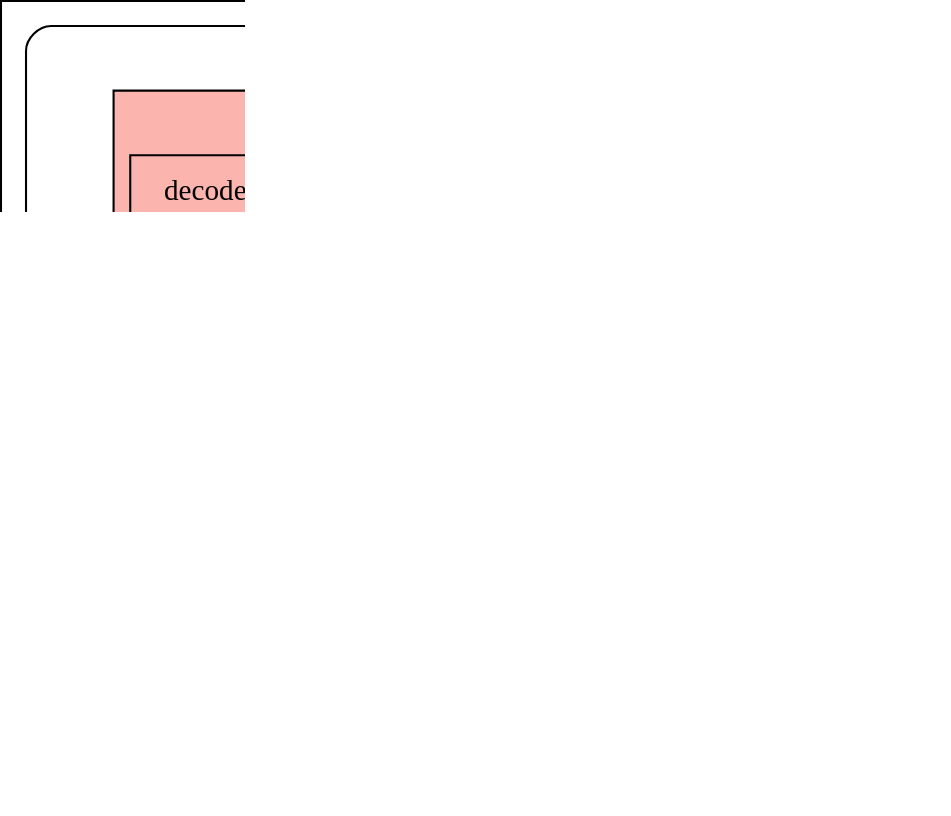
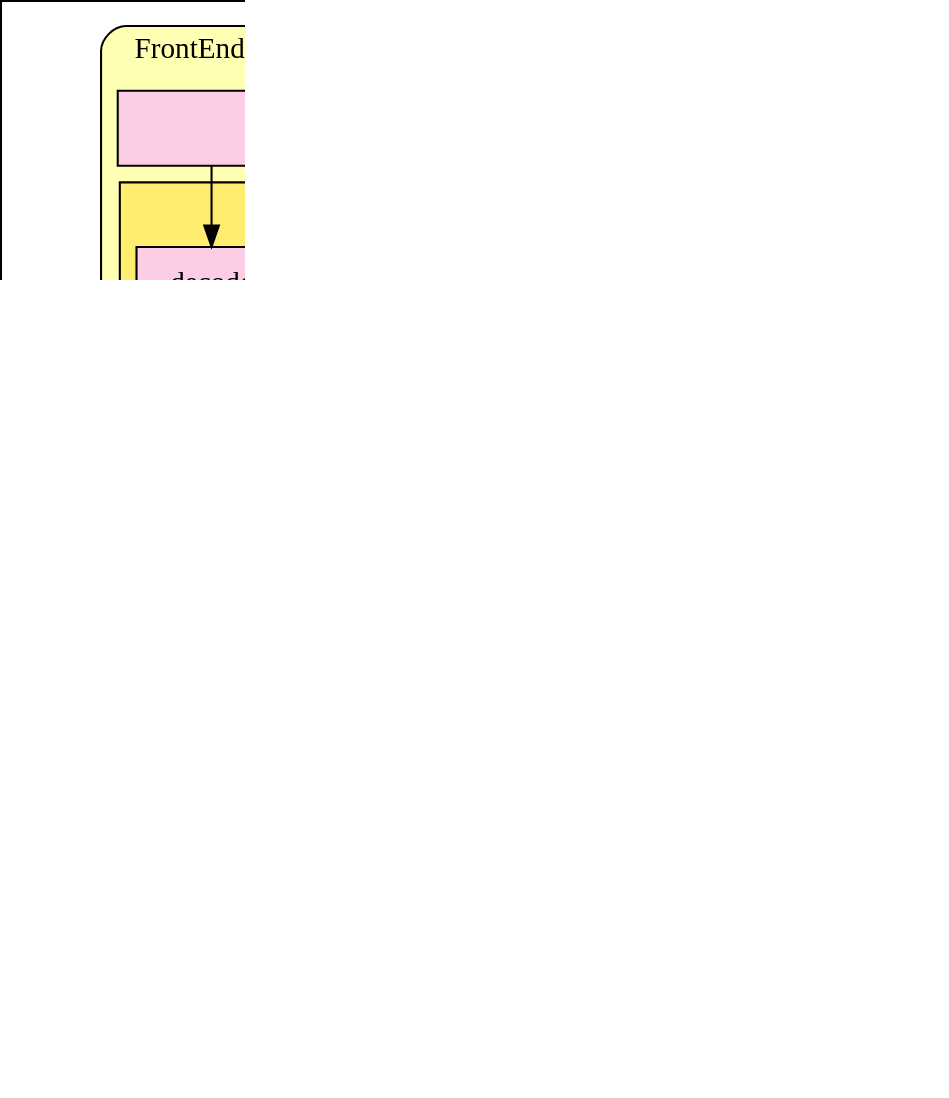
Before and after one commit to DonMaestro/risc-v: the diagram in docs/core.gv, drawn with Graphviz. The commit also changed 1 other file, not shown here.

```diff
--- a/docs/core.gv
+++ b/docs/core.gv
@@ -1,58 +1,84 @@
 digraph Core {
-graph [dpi = 300]
+graph [dpi = 300 colorscheme = "set312"]
+node [shape = rect style = filled colorscheme = "set312"]
 rankdir = "TB"
 splines = ortho
-colorscheme = "pastel19"
+//colorscheme = "pastel19"
 
-node[shape = rect style = filled colorscheme = "pastel19"]
 
-subgraph cluster_execute {
-	label = "Execute"
-	graph [style = rounded]
+subgraph cluster_frontend {
+	graph [style = rounded labeljust = "l" label = "FrontEnd"]
+	bgcolor = 2;
 
-	//ROB
-	//busytb [label = "Busy Table"]
+	Icache [fillcolor = 8 width = 5]
 
 	subgraph cluster_decode {
-		label = "Decode 4x"
-		graph [style = ""]
-		node [label = "decode" fillcolor = 1 width = 1]
-		bgcolor = 1
+		
+		graph [style = "" labeljust = "c" label = "4-Way decode"]
+		node [label = "decode" fillcolor = 8 width = 1]
+		bgcolor = 12
 	
 		decode1
 		decode2
 		decode3
 		decode4
 	}
         
+	Icache -> { decode1 decode2 decode3 decode4}
+}
+
+subgraph cluster_execute {
+	graph [style = rounded labeljust = "l"]
+	label = "Execute"
+	bgcolor = 7;
+
+	//ROB
+	//busytb [label = "Busy Table"]
+
 	subgraph issue {
 		node [fillcolor = 3 width = 2]
 		issue_alu [label = "Issue queue ALU\n32 slots"]
 		issue_mem [label = "Issue queue MEM\n32 slots"]
 	}
         
-	rename [label = "Rename" fillcolor = 2 width = 5]
+	rename [label = "Rename Dispatch" fillcolor = 2 width = 5]
 	regfile [label = "Register file\n128 registers" fillcolor = 8 width = 5]
 
+	Bypass [shape = "invtrapezium" width = 6]
+
 	subgraph 0 {
-		node [fillcolor = 5 width = 1]
+		node [fillcolor = 4 width = 1]
 
-		mem  [label = "CalcMEM"]
+		mul  [label = "Mul/Div"]
+		br   [label = "BR"]
 		alu1 [label = "ALU"]
 		alu2 [label = "ALU"]
-		br   [label = "BR"]
-		mul  [label = "Mul/Div"]
+		mem  [label = "CalcMEM"]
 	}
+
+	/*
+	subgraph cluster_mem {
+		graph [style = rounded labeljust = "l" label = "Memory"]
+		bgcolor = 3;
+		node [fillcolor = 12 width = 1]
+		MEMBuffer
+	}
+	*/
 	
 	//{rank = same; ROB; rename }
 	//{rank = same; busytb; issue_alu; issue_mem }
 	//{rank = same; issue_alu; issue_mem }
 	//{rank = same; mem; alu1; alu2; br; mul }
         
-	{ decode1 decode2 decode3 decode4 } -> rename
 	rename -> { issue_mem issue_alu }
-	{ issue_mem issue_alu } -> regfile
-	regfile -> { mem alu1 alu2 br mul }
+	issue_alu -> regfile
+	issue_alu -> regfile
+	issue_mem -> regfile
+	regfile -> Bypass
+	regfile -> Bypass
+	regfile -> Bypass
+	Bypass -> { mem alu1 alu2 br mul }
 }
 
+{ decode1 decode2 decode3 decode4 } -> rename
 }
```
